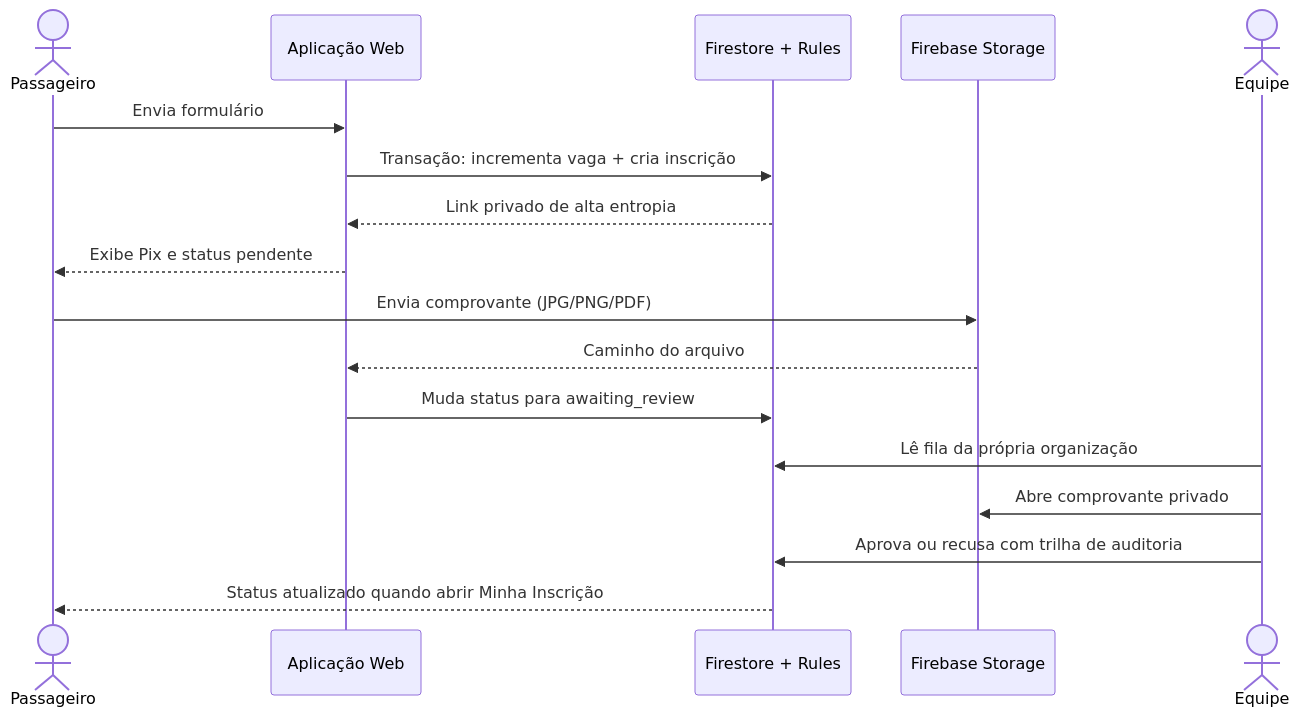
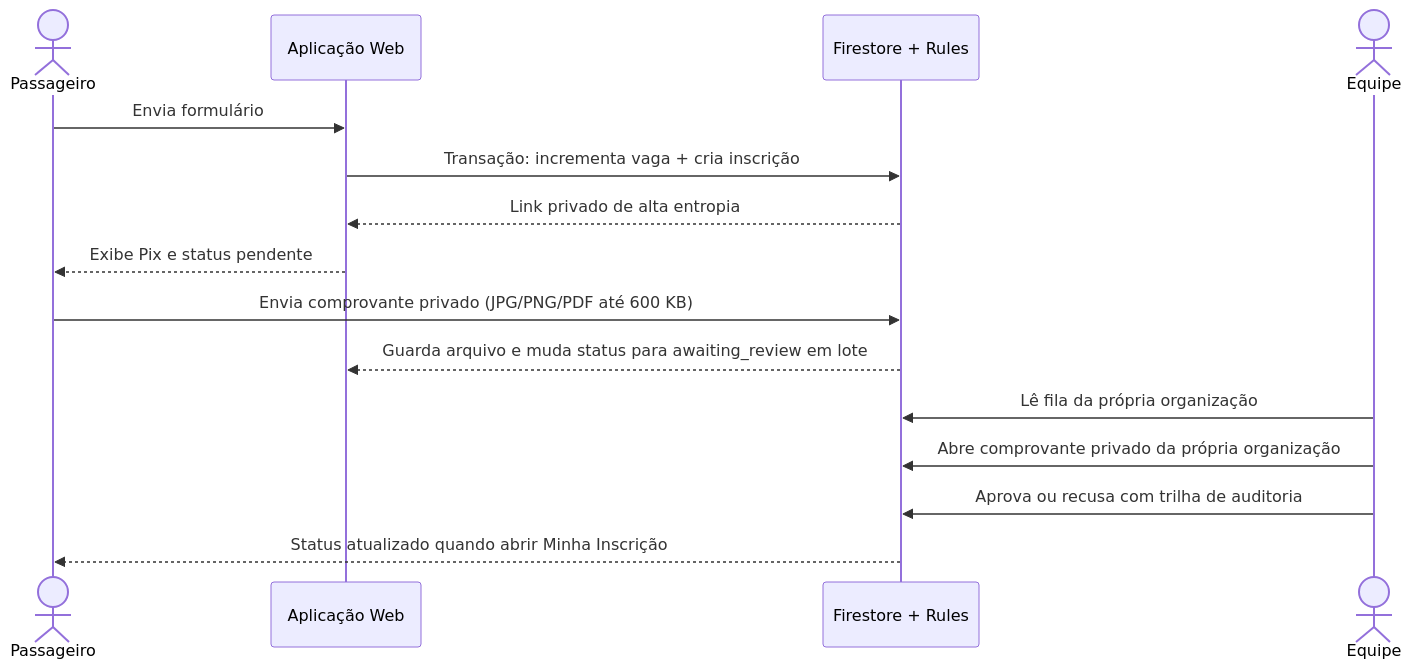
Before and after one commit to CristianoRFB/Caravana: the diagram in docs/sequence-payment.md, drawn with Mermaid. The commit also changed 44 other files, not shown here.

````diff
--- a/docs/sequence-payment.md
+++ b/docs/sequence-payment.md
@@ -3,19 +3,17 @@
 ```mermaid
 sequenceDiagram
   actor P as Passageiro
   participant UI as Aplicação Web
   participant DB as Firestore + Rules
-  participant S as Firebase Storage
   actor A as Equipe
   P->>UI: Envia formulário
   UI->>DB: Transação: incrementa vaga + cria inscrição
   DB-->>UI: Link privado de alta entropia
   UI-->>P: Exibe Pix e status pendente
-  P->>S: Envia comprovante (JPG/PNG/PDF)
-  S-->>UI: Caminho do arquivo
-  UI->>DB: Muda status para awaiting_review
+  P->>DB: Envia comprovante privado (JPG/PNG/PDF até 600 KB)
+  DB-->>UI: Guarda arquivo e muda status para awaiting_review em lote
   A->>DB: Lê fila da própria organização
-  A->>S: Abre comprovante privado
+  A->>DB: Abre comprovante privado da própria organização
   A->>DB: Aprova ou recusa com trilha de auditoria
   DB-->>P: Status atualizado quando abrir Minha Inscrição
 ```
````
